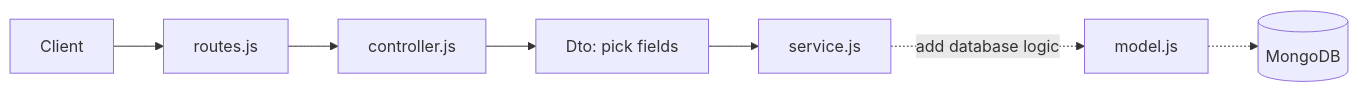
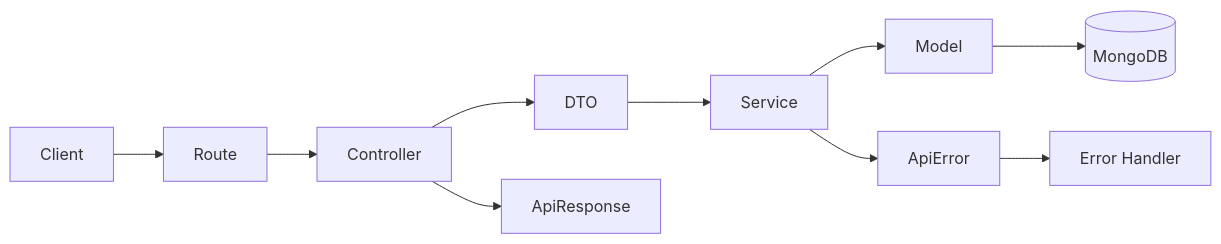
One commit to real-VrajSoni/express-mongo-start changed the diagram in README.md. Above: the diagram before and after it, drawn with Mermaid. The commit also changed other lines of this file, not shown here.

````diff
--- a/README.md
+++ b/README.md
@@ -125,9 +176,12 @@
 ```mermaid
 flowchart LR
-    A[Client] --> B[routes.js]
-    B --> C[controller.js]
-    C --> D[Dto: pick fields]
-    D --> E[service.js]
-    E -. add database logic .-> F[model.js]
-    F -.-> G[(MongoDB)]
+    A[Client] --> B[Route]
+    B --> C[Controller]
+    C --> D[DTO]
+    D --> E[Service]
+    E --> F[Model]
+    F --> G[(MongoDB)]
+    C --> H[ApiResponse]
+    E --> I[ApiError]
+    I --> J[Error Handler]
 ```
````
